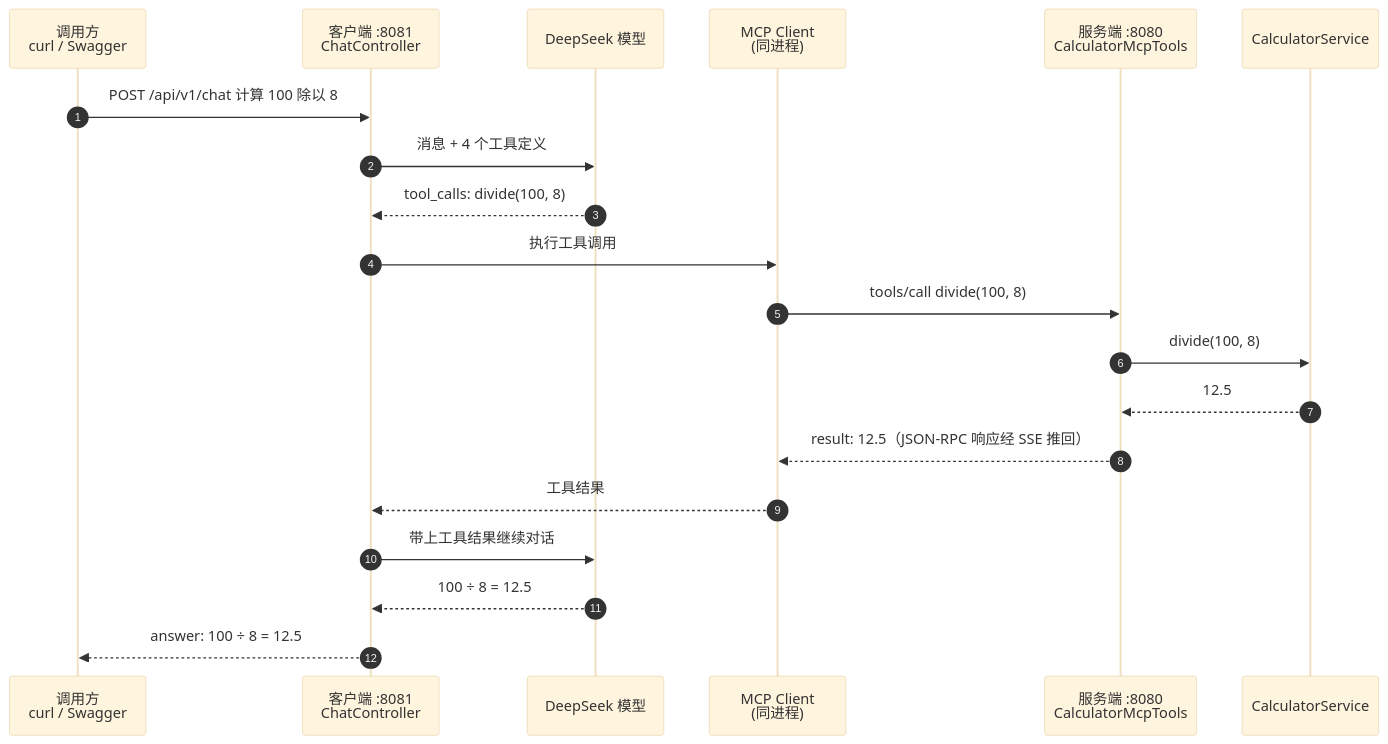
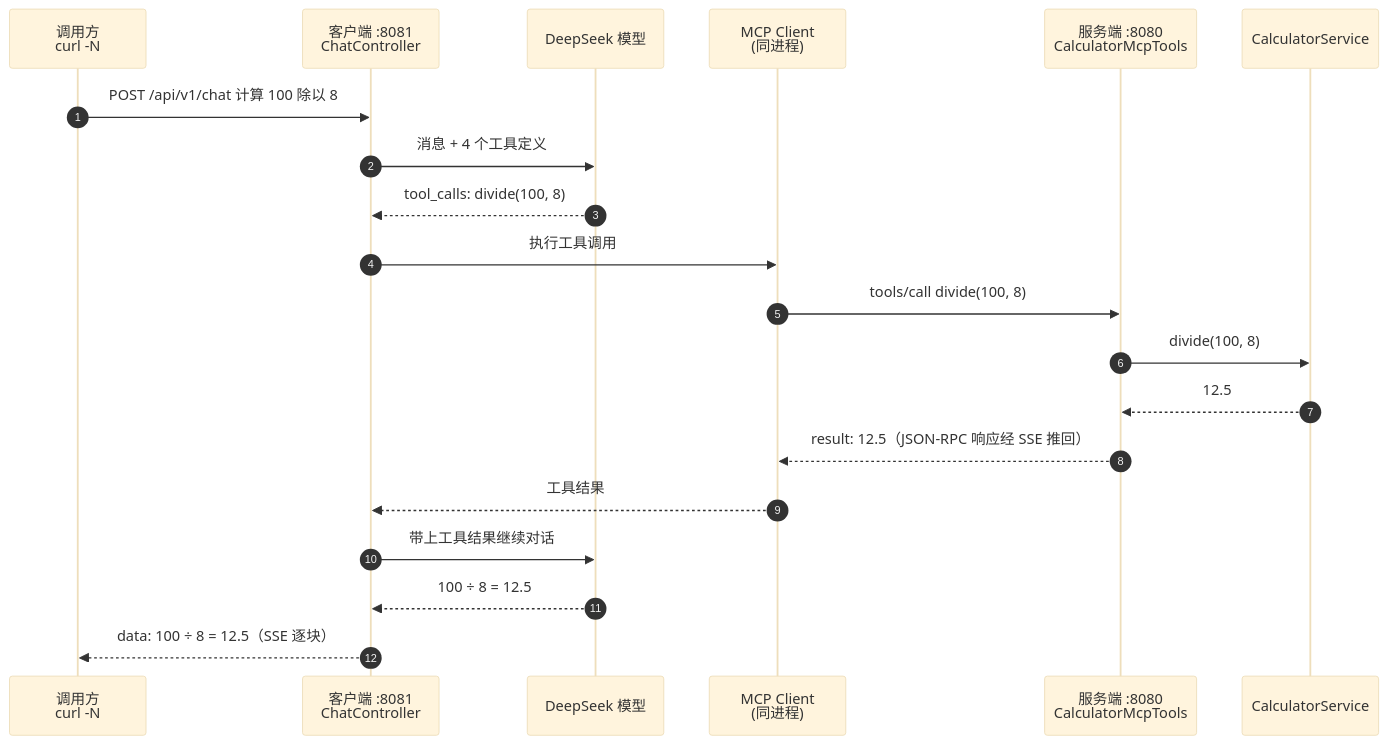
One commit to Pickupolddriver/spring-ai-mcp-demo changed the second of 2 diagrams in README.md. Above: the diagram before and after it, drawn with Mermaid (base theme). The commit also changed other lines of this file and 5 other files, not shown here.

````diff
--- a/README.md
+++ b/README.md
@@ -184,23 +190,23 @@
 ```mermaid
 sequenceDiagram
     autonumber
-    participant U as 调用方<br/>curl / Swagger
+    participant U as 调用方<br/>curl -N
     participant C as 客户端 :8081<br/>ChatController
     participant D as DeepSeek 模型
     participant M as MCP Client<br/>(同进程)
     participant S as 服务端 :8080<br/>CalculatorMcpTools
     participant V as CalculatorService
 
     U->>C: POST /api/v1/chat  计算 100 除以 8
     C->>D: 消息 + 4 个工具定义
     D-->>C: tool_calls: divide(100, 8)
     C->>M: 执行工具调用
     M->>S: tools/call divide(100, 8)
     S->>V: divide(100, 8)
     V-->>S: 12.5
     S-->>M: result: 12.5（JSON-RPC 响应经 SSE 推回）
     M-->>C: 工具结果
     C->>D: 带上工具结果继续对话
     D-->>C: 100 ÷ 8 = 12.5
-    C-->>U: answer: 100 ÷ 8 = 12.5
+    C-->>U: data: 100 ÷ 8 = 12.5（SSE 逐块）
 ```
````
